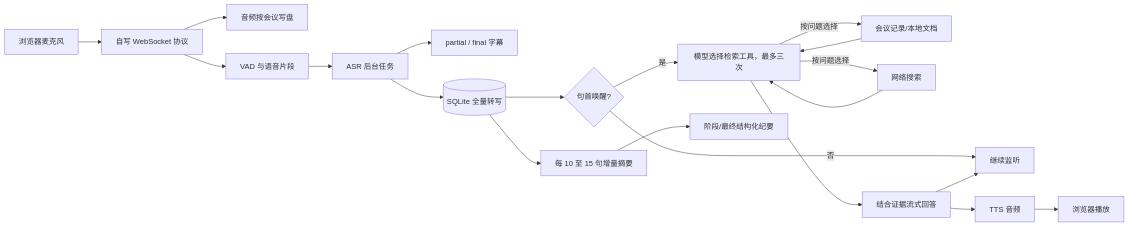
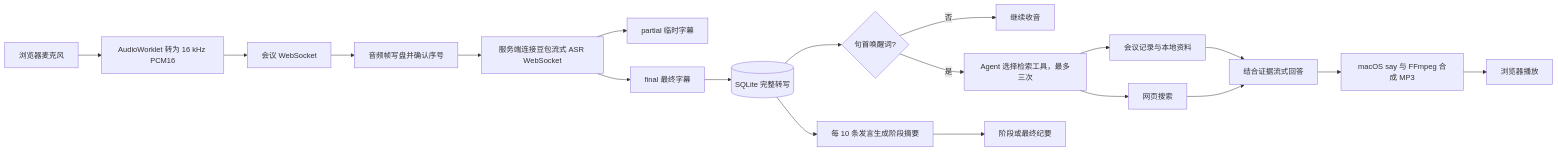
One commit to GreatAndyC/realtime-assistant changed the diagram in ARCHITECTURE.md. Above: the diagram before and after it, drawn with Mermaid. The commit also changed other lines of this file and 12 other files, not shown here.

````diff
--- a/ARCHITECTURE.md
+++ b/ARCHITECTURE.md
@@ -48,22 +7,21 @@
-```mermaid
+~~~mermaid
 flowchart LR
-  MIC[浏览器麦克风] --> WS[自写 WebSocket 协议]
-  WS --> RAW[音频按会议写盘]
-  WS --> VAD[VAD 与语音片段]
-  VAD --> ASR[ASR 后台任务]
-  ASR --> SUB[partial / final 字幕]
-  ASR --> DB[(SQLite 全量转写)]
-  DB --> WAKE{句首唤醒?}
-  WAKE -- 否 --> LISTEN[继续监听]
-  WAKE -- 是 --> TOOL[模型选择检索工具，最多三次]
-  TOOL -->|按问题选择| LOCAL[会议记录/本地文档]
-  TOOL -->|按问题选择| WEB[网络搜索]
-  LOCAL --> TOOL
-  WEB --> TOOL
-  TOOL --> LLM[结合证据流式回答]
-  LLM --> TTS[TTS 音频]
+  MIC[浏览器麦克风] --> WORKLET[AudioWorklet 转为 16 kHz PCM16]
+  WORKLET --> WS[会议 WebSocket]
+  WS --> RAW[音频帧写盘并确认序号]
+  RAW --> VOLC[服务端连接豆包流式 ASR WebSocket]
+  VOLC --> PARTIAL[partial 临时字幕]
+  VOLC --> FINAL[final 最终字幕]
+  FINAL --> DB[(SQLite 完整转写)]
+  DB --> WAKE{句首唤醒词?}
+  WAKE -- 否 --> LISTEN[继续收音]
+  WAKE -- 是 --> TOOL[Agent 选择检索工具，最多三次]
+  TOOL --> LOCAL[会议记录与本地资料]
+  TOOL --> WEB[网页搜索]
+  LOCAL --> LLM[结合证据流式回答]
+  WEB --> LLM
+  LLM --> TTS[macOS say 与 FFmpeg 合成 MP3]
   TTS --> PLAY[浏览器播放]
-  LLM --> LISTEN
-  DB --> MAP[每 10 至 15 句增量摘要]
-  MAP --> REDUCE[阶段/最终结构化纪要]
-```
+  DB --> SUMMARY[每 10 条发言生成阶段摘要]
+  SUMMARY --> MINUTES[阶段或最终纪要]
+~~~
````
